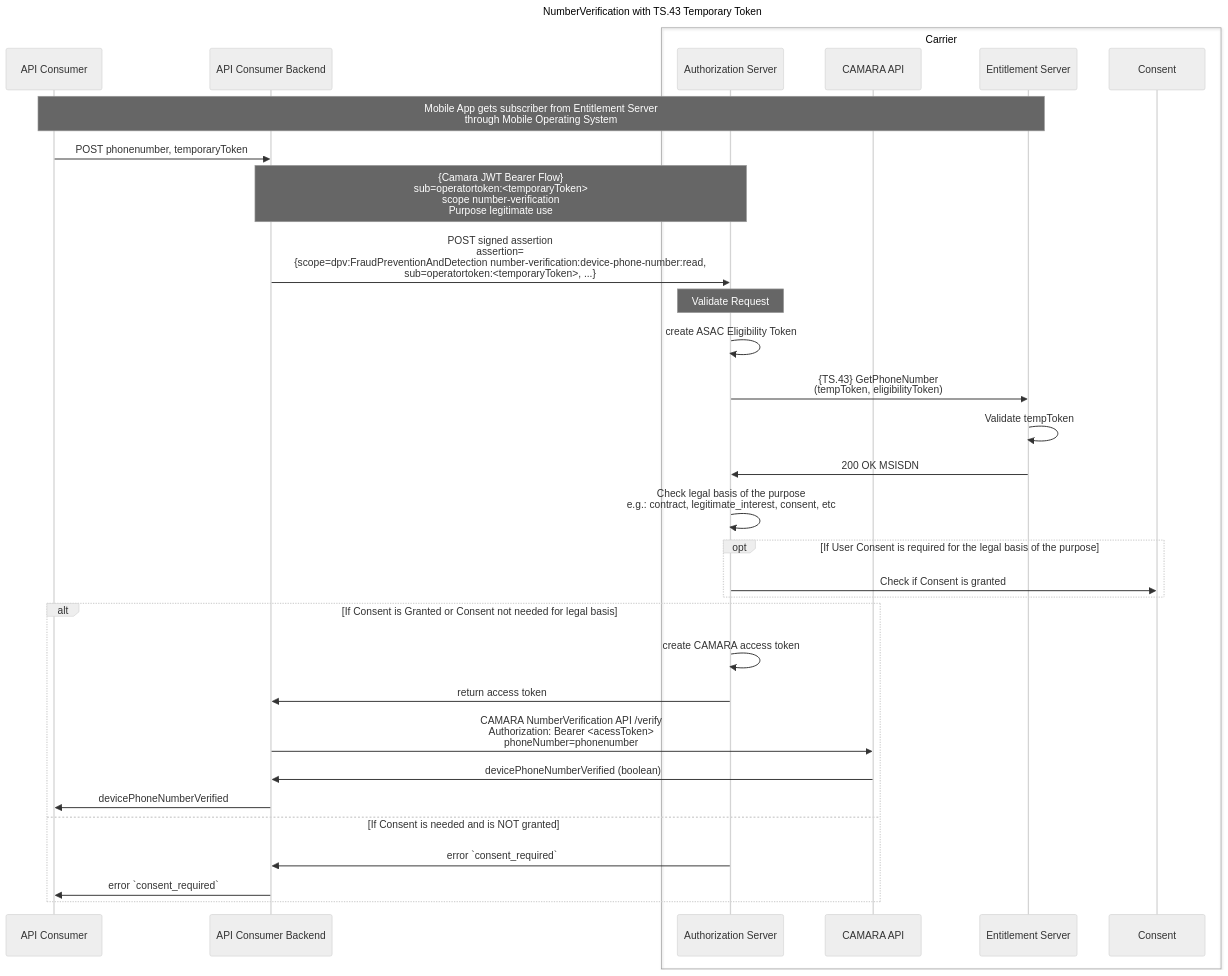
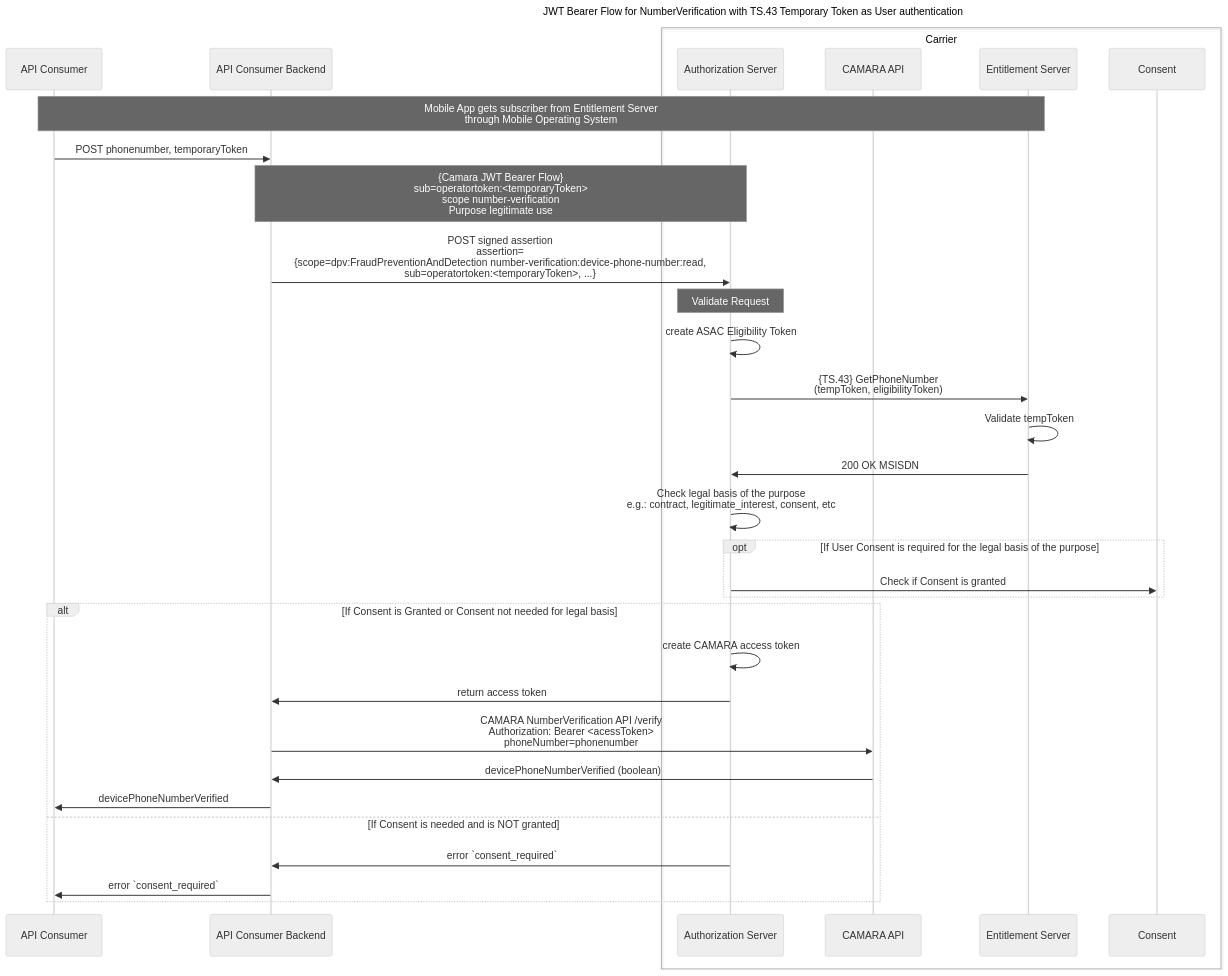
Before and after one commit to camaraproject/IdentityAndConsentManagement: the third of 4 diagrams in documentation/CAMARA-API-access-and-user-consent.md, drawn with Mermaid (neutral theme). The commit also changed other lines of this file, not shown here.

Commit message:
sequence diagram for sub=tel:

````diff
--- a/documentation/CAMARA-API-access-and-user-consent.md
+++ b/documentation/CAMARA-API-access-and-user-consent.md
@@ -333,56 +348,56 @@
 ```mermaid
 sequenceDiagram
 
-title NumberVerification with TS.43 Temporary Token
+title JWT Bearer Flow for NumberVerification with TS.43 Temporary Token as User authentication
 
 participant API Consumer
 
 participant API Consumer Backend
 
 box Carrier
 participant Authorization Server
 participant CAMARA API
 participant Entitlement Server
 participant Consent
 end
 
 
 note over API Consumer, Entitlement Server: Mobile App gets subscriber from Entitlement Server<br/>through Mobile Operating System
 API Consumer ->> API Consumer Backend: POST phonenumber, temporaryToken
 
 note over API Consumer Backend, Authorization Server: {Camara JWT Bearer Flow}<br/>sub=operatortoken:<temporaryToken><br/>scope number-verification<br/>Purpose legitimate use 
 
 API Consumer Backend ->> Authorization Server: POST signed assertion<br/>assertion=<br/> {scope=dpv:FraudPreventionAndDetection number-verification:device-phone-number:read,<br/>  sub=operatortoken:<temporaryToken>, ...}
 
 note over Authorization Server, Authorization Server: Validate Request
 
 Authorization Server ->> Authorization Server: create ASAC Eligibility Token
 Authorization Server ->> Entitlement Server: {TS.43} GetPhoneNumber<br/>(tempToken, eligibilityToken)
 
 Entitlement Server ->> Entitlement Server: Validate tempToken
 
 Entitlement Server ->> Authorization Server: 200 OK MSISDN
 
 Authorization Server ->> Authorization Server: Check legal basis of the purpose<br> e.g.: contract, legitimate_interest, consent, etc
 
 opt If User Consent is required for the legal basis of the purpose  
     Authorization Server->>Consent: Check if Consent is granted
 end
 alt If Consent is Granted or Consent not needed for legal basis   
   Authorization Server ->> Authorization Server: create CAMARA access token
 
   Authorization Server ->> API Consumer Backend: return access token
 
   API Consumer Backend ->> CAMARA API: CAMARA NumberVerification API /verify <br/>Authorization: Bearer <acessToken><br/>phoneNumber=phonenumber
 
   CAMARA API ->> API Consumer Backend: devicePhoneNumberVerified (boolean)
 
   API Consumer Backend ->> API Consumer: devicePhoneNumberVerified
 
 else If Consent is needed and is NOT granted
   Authorization Server ->> API Consumer Backend: error `consent_required`
 
   API Consumer Backend ->> API Consumer: error `consent_required`
 end
 
 ```
````
